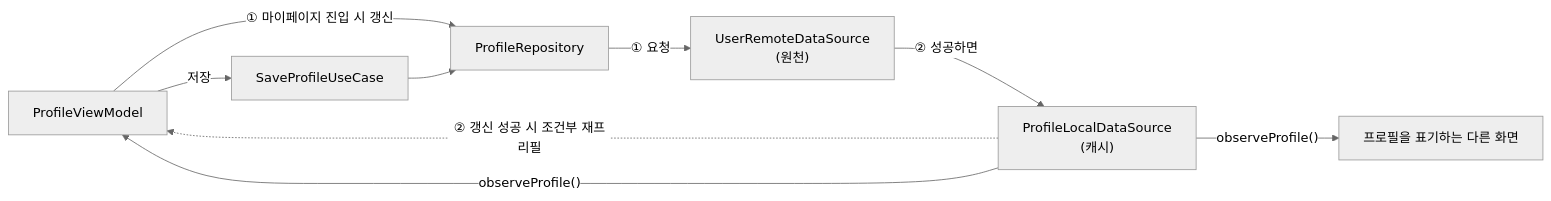
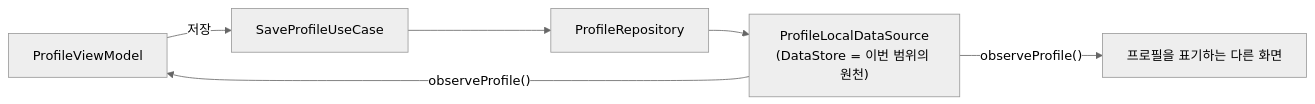
One commit to mash-up-kr/Team-MINO-Android changed the diagram in docs/specs/profile/data-model.md. Above: the diagram before and after it, drawn with Mermaid (neutral theme). The commit also changed other lines of this file and 77 other files, not shown here.

````diff
--- a/docs/specs/profile/data-model.md
+++ b/docs/specs/profile/data-model.md
@@ -40,11 +29,8 @@
 ```mermaid
 flowchart LR
     UI["ProfileViewModel"] -->|"저장"| UC["SaveProfileUseCase"]
-    UI -->|"① 마이페이지 진입 시 갱신"| Repo
-    Local -.->|"② 갱신 성공 시 조건부 재프리필"| UI
     UC --> Repo["ProfileRepository"]
-    Repo -->|"① 요청"| Remote["UserRemoteDataSource<br/>(원천)"]
-    Remote -->|"② 성공하면"| Local["ProfileLocalDataSource<br/>(캐시)"]
+    Repo --> Local["ProfileLocalDataSource<br/>(DataStore = 이번 범위의 원천)"]
     Local -->|"observeProfile()"| UI
     Local -->|"observeProfile()"| Others["프로필을 표기하는 다른 화면"]
 ```
````
